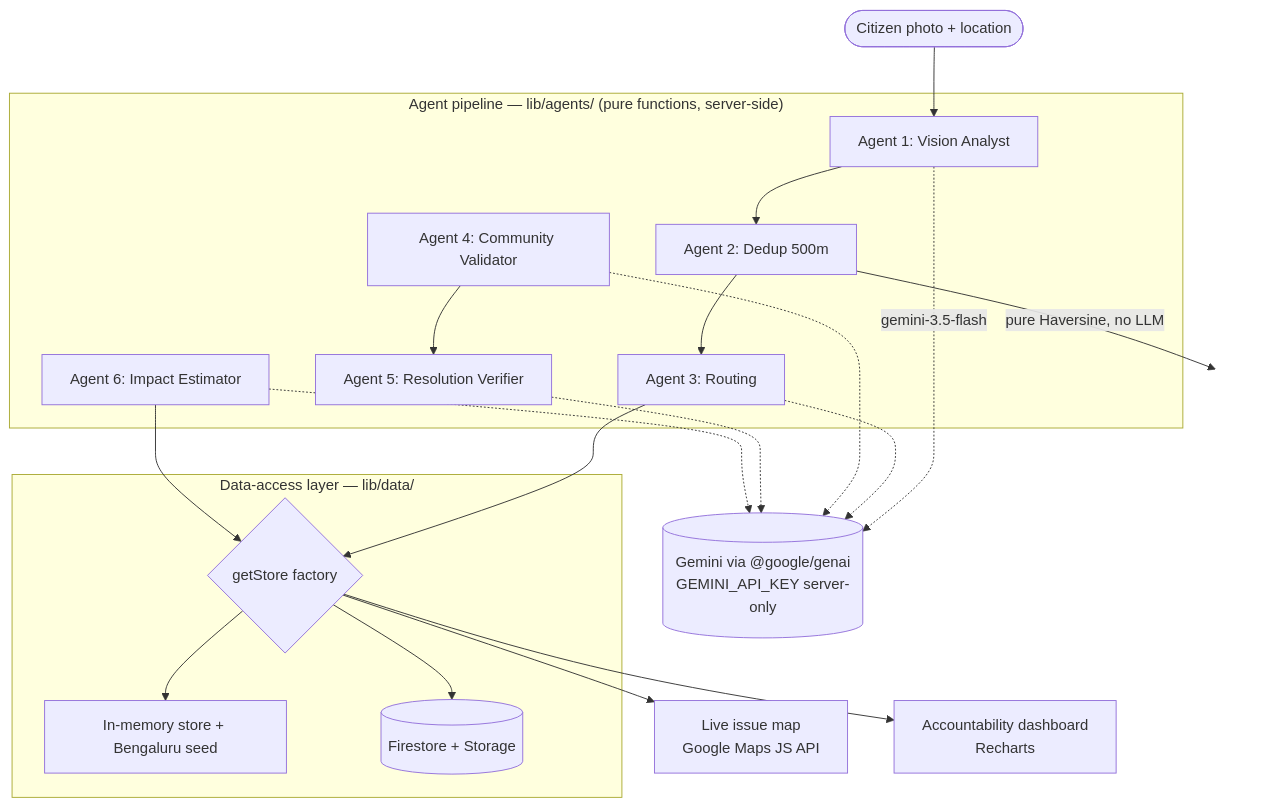
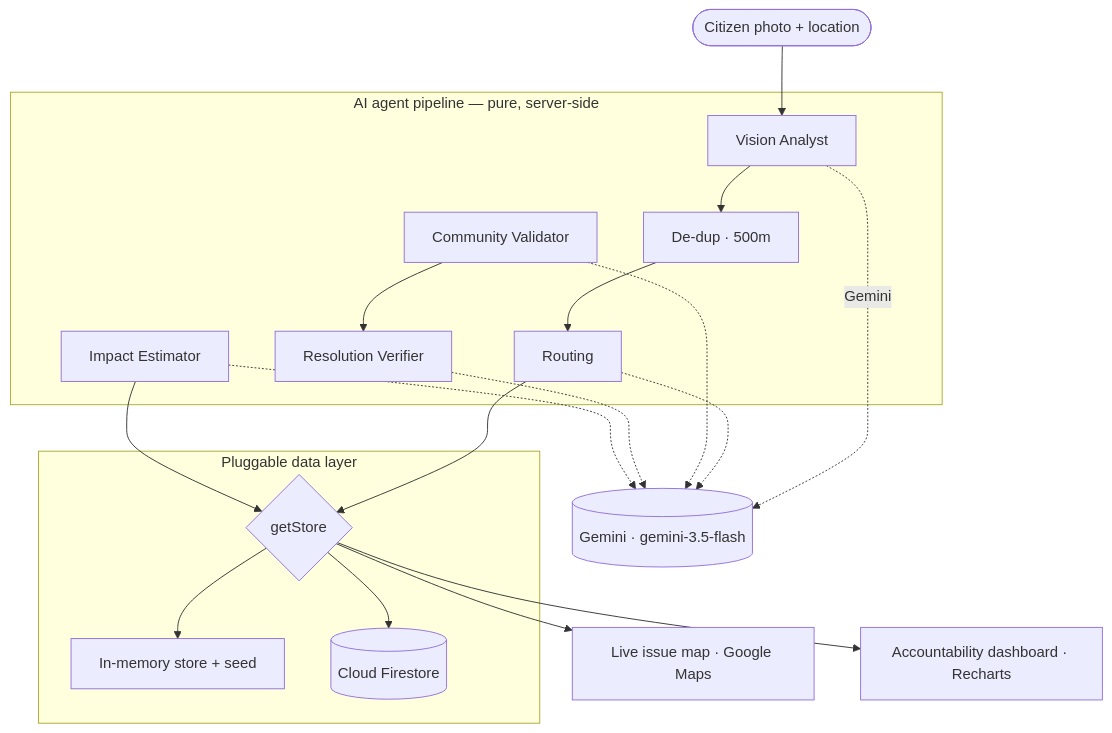
The diagram in README.md (Eternalnik001/localvoice2action), drawn with Mermaid before and after one commit. The commit also changed other lines of this file, not shown here.

````diff
--- a/README.md
+++ b/README.md
@@ -32,36 +62,33 @@
 ```mermaid
 flowchart TD
     Citizen([Citizen photo + location]) --> A1
 
-    subgraph Agents["Agent pipeline — lib/agents/ (pure functions, server-side)"]
-        A1[Agent 1: Vision Analyst]
-        A2[Agent 2: Dedup 500m]
-        A3[Agent 3: Routing]
-        A4[Agent 4: Community Validator]
-        A5[Agent 5: Resolution Verifier]
-        A6[Agent 6: Impact Estimator]
+    subgraph Agents["AI agent pipeline — pure, server-side"]
+        A1[Vision Analyst]
+        A2[De-dup · 500m]
+        A3[Routing]
+        A4[Community Validator]
+        A5[Resolution Verifier]
+        A6[Impact Estimator]
         A1 --> A2 --> A3
         A4 --> A5
     end
 
-    A1 -.->|gemini-3.5-flash| Gemini[(Gemini via @google/genai\nGEMINI_API_KEY server-only)]
+    A1 -.->|Gemini| Gemini[(Gemini · gemini-3.5-flash)]
     A3 -.-> Gemini
     A4 -.-> Gemini
     A5 -.-> Gemini
     A6 -.-> Gemini
-    A2 -->|pure Haversine, no LLM| A2note[ ]:::hide
 
     A3 --> DAL
     A6 --> DAL
 
-    subgraph Persistence["Data-access layer — lib/data/"]
-        DAL{getStore factory}
-        DAL --> Mem[In-memory store + Bengaluru seed]
-        DAL --> FS[(Firestore + Storage)]
+    subgraph Persistence["Pluggable data layer"]
+        DAL{getStore}
+        DAL --> Mem[In-memory store + seed]
+        DAL --> FS[(Cloud Firestore)]
     end
 
-    DAL --> Map[Live issue map\nGoogle Maps JS API]
-    DAL --> Dash[Accountability dashboard\nRecharts]
-
-    classDef hide fill:none,stroke:none;
+    DAL --> Map[Live issue map · Google Maps]
+    DAL --> Dash[Accountability dashboard · Recharts]
 ```
````
